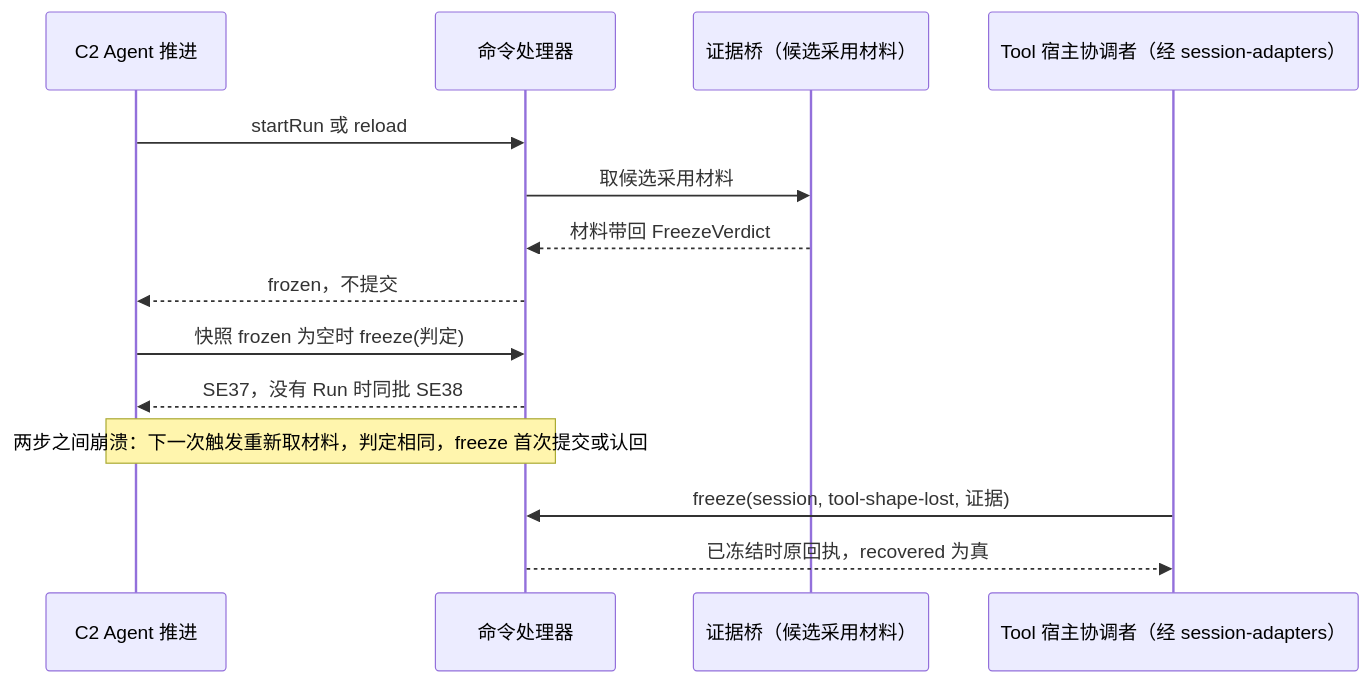
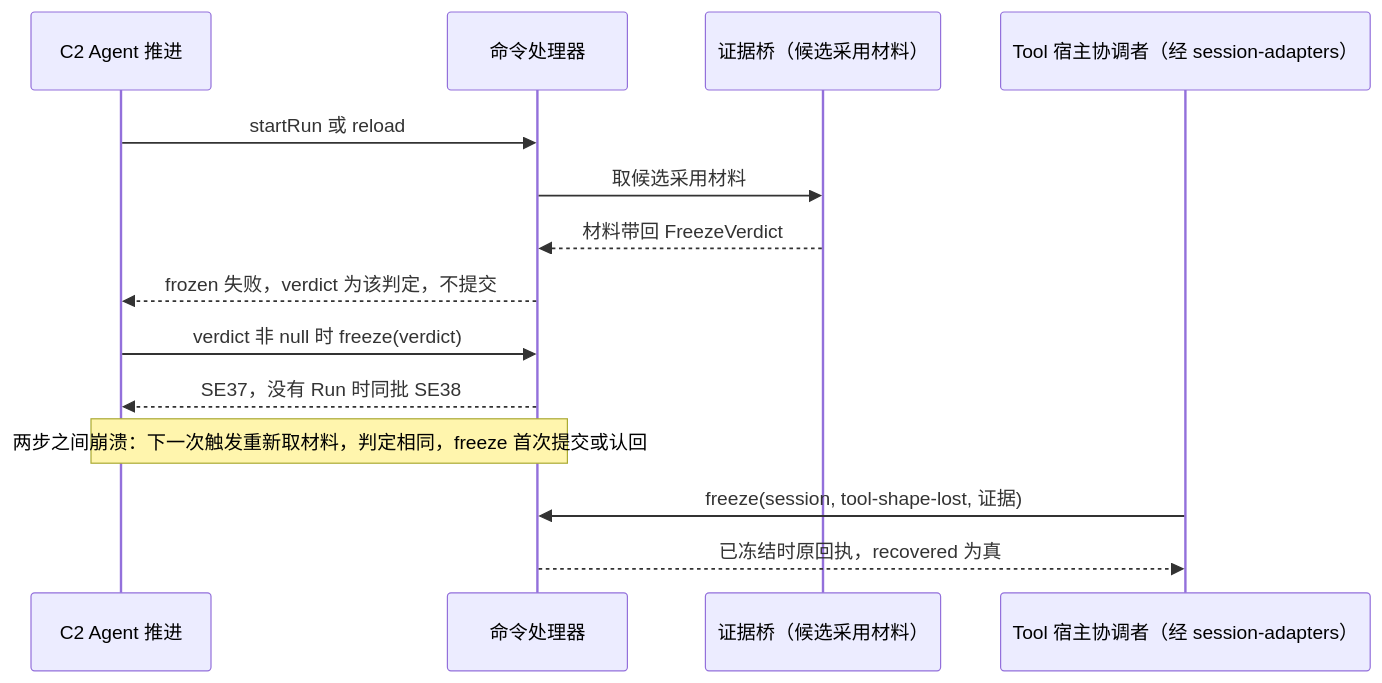
One commit to nemori-ai/omne-harness-lite changed the sixth of 17 diagrams in packages/session/session/docs/flows.md. Above: the diagram before and after it, drawn with Mermaid. The commit also changed other lines of this file and 3 other files, not shown here.

````diff
--- a/packages/session/session/docs/flows.md
+++ b/packages/session/session/docs/flows.md
@@ -164,16 +167,16 @@
 ```mermaid
 sequenceDiagram
     participant C2 as C2 Agent 推进
     participant CP as 命令处理器
     participant EB as 证据桥（候选采用材料）
     participant TA as Tool 宿主协调者（经 session-adapters）
     C2->>CP: startRun 或 reload
     CP->>EB: 取候选采用材料
     EB-->>CP: 材料带回 FreezeVerdict
-    CP-->>C2: frozen，不提交
-    C2->>CP: 快照 frozen 为空时 freeze(判定)
+    CP-->>C2: frozen 失败，verdict 为该判定，不提交
+    C2->>CP: verdict 非 null 时 freeze(verdict)
     CP-->>C2: SE37，没有 Run 时同批 SE38
     Note over C2,CP: 两步之间崩溃：下一次触发重新取材料，判定相同，freeze 首次提交或认回
     TA->>CP: freeze(session, tool-shape-lost, 证据)
     CP-->>TA: 已冻结时原回执，recovered 为真
 ```
````
